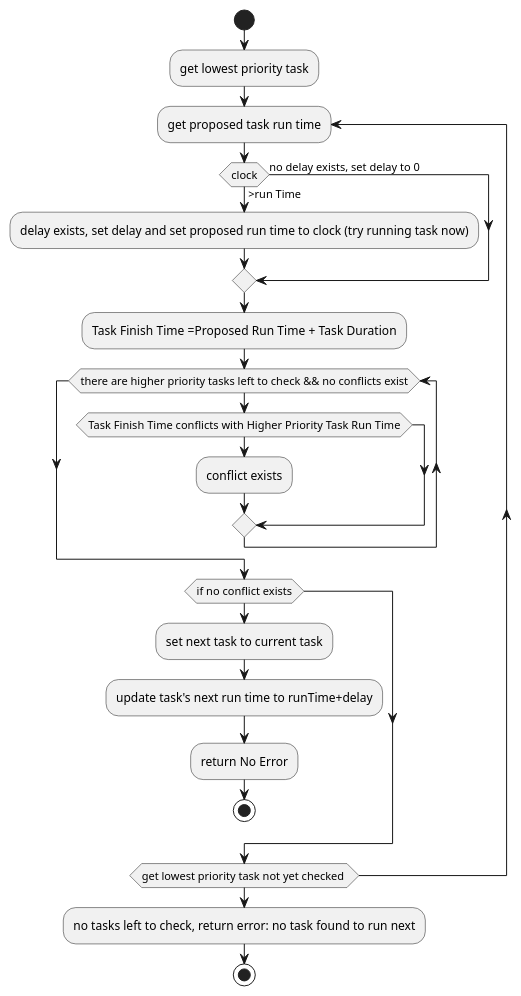
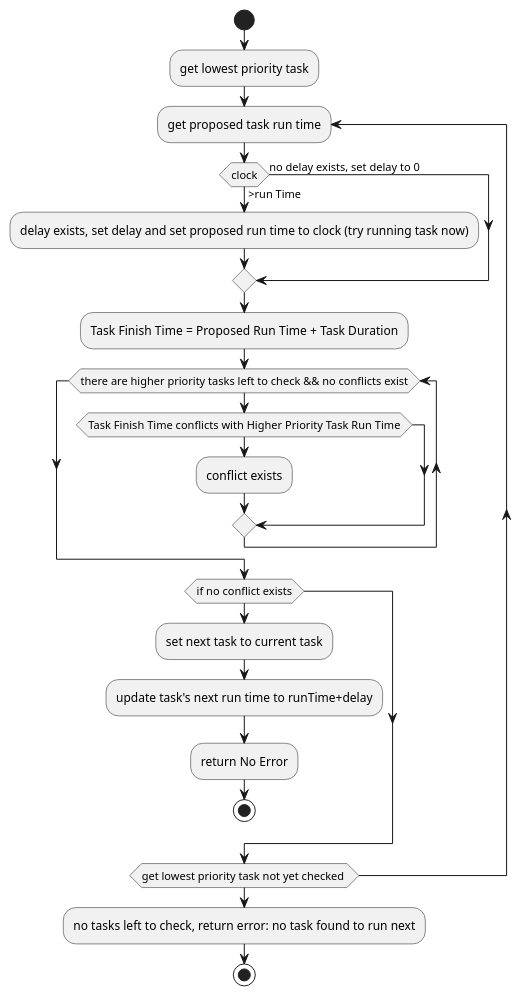
The diagram in docs/control_flow.puml (UCSD-E4E/smartfin-fw3), drawn with PlantUML before and after one commit.

Commit message:
style: fixed spacing

```diff
--- a/docs/control_flow.puml
+++ b/docs/control_flow.puml
@@ -1,29 +1,29 @@
 @startuml
 start
 
 :get lowest priority task;
 repeat :get proposed task run time;
   if (clock) is (>run Time) then
    :delay exists, set delay and set proposed run time to clock (try running task now);
   else (no delay exists, set delay to 0)
   endif
 
-  :Task Finish Time =Proposed Run Time + Task Duration;
+  :Task Finish Time = Proposed Run Time + Task Duration;
   while (there are higher priority tasks left to check && no conflicts exist)
   if (Task Finish Time conflicts with Higher Priority Task Run Time) then
    :conflict exists;
   endif
   
   endwhile;
 
   if (if no conflict exists) then
    :set next task to current task;
    :update task's next run time to runTime+delay;
    :return No Error;
    stop
   endif
 
 repeat while (get lowest priority task not yet checked )
 :no tasks left to check, return error: no task found to run next;
 stop
 @enduml
```
